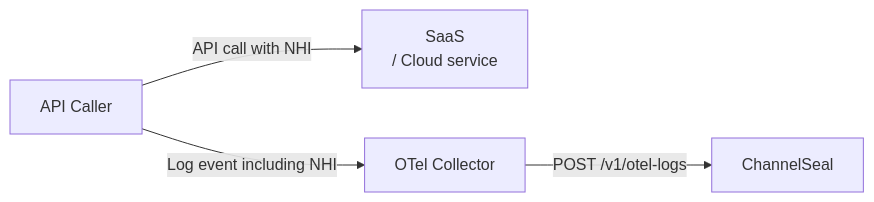
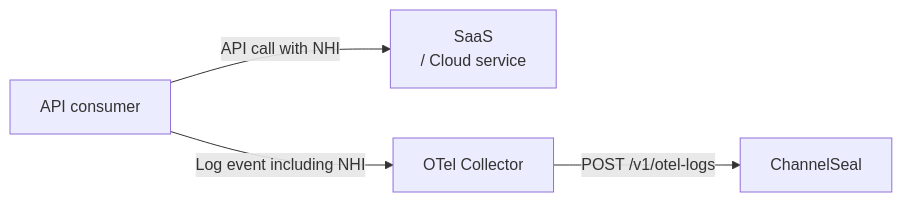
Before and after one commit to channelseal/integrations: the fifth of 5 diagrams in otlp-collector/README.md, drawn with Mermaid. The commit also changed other lines of this file, not shown here.

Commit message:
Minor diagram changes for better explanation

````diff
--- a/otlp-collector/README.md
+++ b/otlp-collector/README.md
@@ -149,5 +159,5 @@
 ```mermaid
 graph LR
-    A[API Caller]-->|API call with NHI|S[SaaS <br/>/ Cloud service]
-    A[API Caller]-->|Log event including NHI|C[OTel Collector] -->|POST /v1/otel-logs| B[ChannelSeal]
+    A[API consumer]-->|API call with NHI|S[SaaS <br/>/ Cloud service]
+    A[API consumer]-->|Log event including NHI|C[OTel Collector] -->|POST /v1/otel-logs| B[ChannelSeal]
 ```
````
